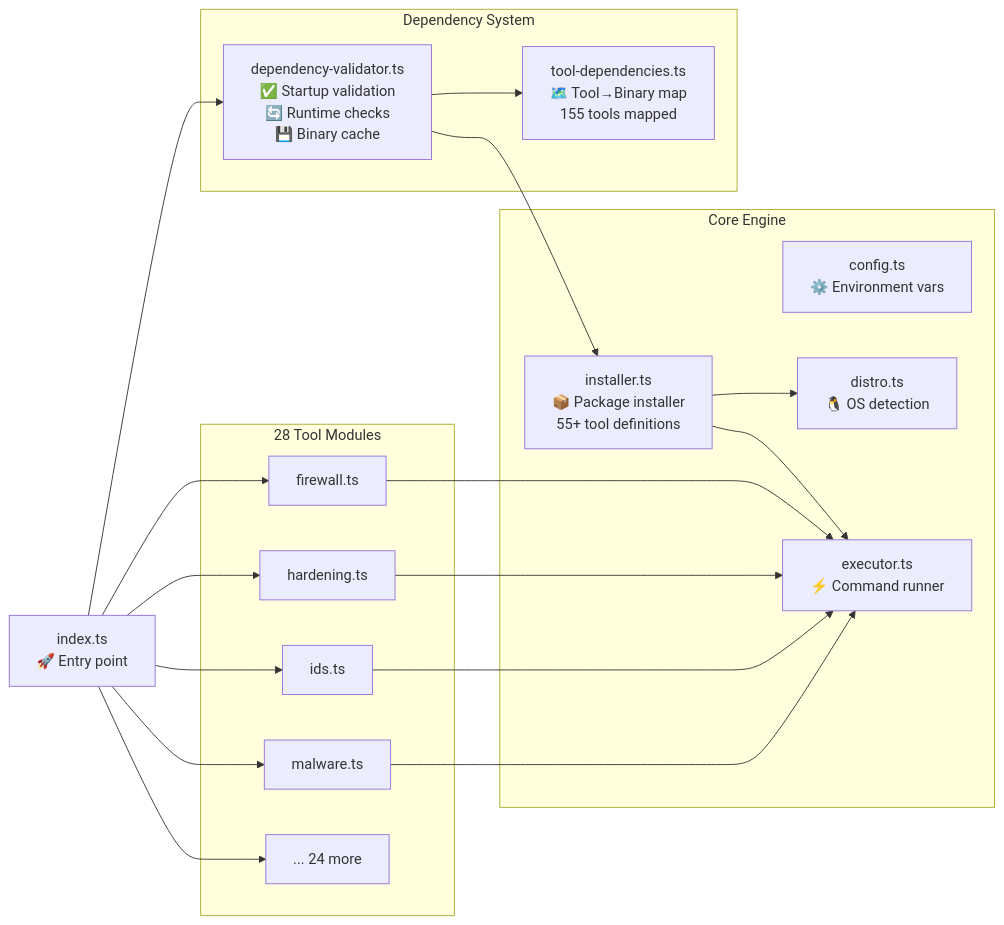
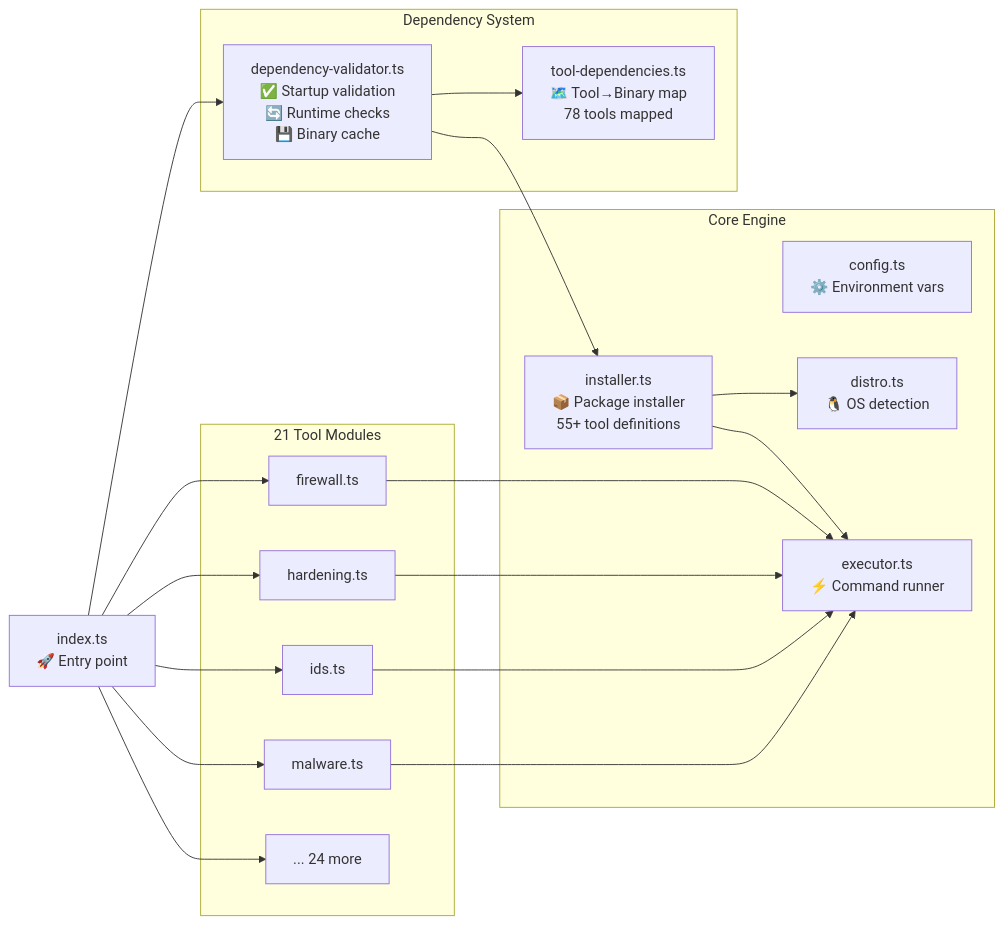
The second of 4 diagrams in README.md (bottobot/defense-mcp-server), drawn with Mermaid before and after one commit. The commit also changed other lines of this file and 64 other files, not shown here.

````diff
--- a/README.md
+++ b/README.md
@@ -213,37 +215,37 @@
 ```mermaid
 graph LR
     subgraph "Core Engine"
         CONFIG["config.ts<br/>⚙️ Environment vars"]
         DISTRO["distro.ts<br/>🐧 OS detection"]
         EXEC["executor.ts<br/>⚡ Command runner"]
         INSTALL["installer.ts<br/>📦 Package installer<br/>55+ tool definitions"]
     end
     
     subgraph "Dependency System"
-        DEPS["tool-dependencies.ts<br/>🗺️ Tool→Binary map<br/>155 tools mapped"]
+        DEPS["tool-dependencies.ts<br/>🗺️ Tool→Binary map<br/>78 tools mapped"]
         VALID["dependency-validator.ts<br/>✅ Startup validation<br/>🔄 Runtime checks<br/>💾 Binary cache"]
     end
     
-    subgraph "28 Tool Modules"
+    subgraph "21 Tool Modules"
         FW["firewall.ts"]
         HARD["hardening.ts"]
         IDS["ids.ts"]
         MAL["malware.ts"]
         DOT["... 24 more"]
     end
     
     INDEX["index.ts<br/>🚀 Entry point"] --> VALID
     VALID --> DEPS
     VALID --> INSTALL
     INSTALL --> DISTRO
     INSTALL --> EXEC
     INDEX --> FW
     INDEX --> HARD
     INDEX --> IDS
     INDEX --> MAL
     INDEX --> DOT
     FW --> EXEC
     HARD --> EXEC
     IDS --> EXEC
     MAL --> EXEC
 ```
````
